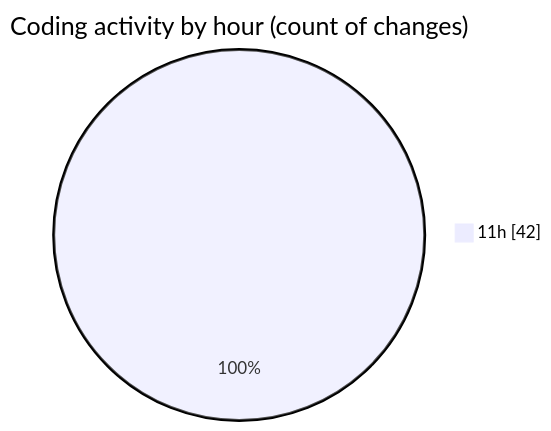
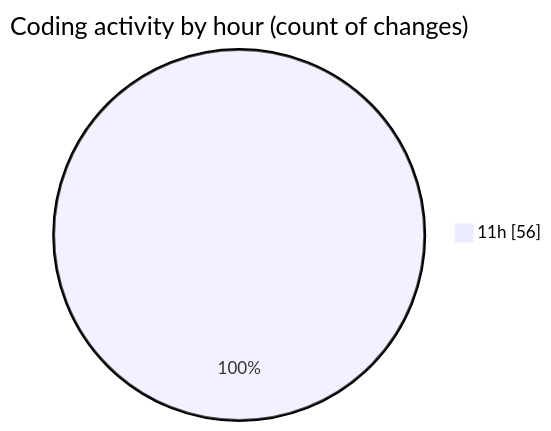
The second of 2 diagrams in 2025-12-24/nxtqube_webapp/README.md (nxtqubesakshisongat/code-tracking), drawn with Mermaid before and after one commit. The commit also changed other lines of this file and 1 other file, not shown here.

````diff
--- a/2025-12-24/nxtqube_webapp/README.md
+++ b/2025-12-24/nxtqube_webapp/README.md
@@ -28,5 +28,5 @@
 ```mermaid
 pie showData
 title Coding activity by hour (count of changes)
-"11h" : 42
+"11h" : 56
 ```
````
